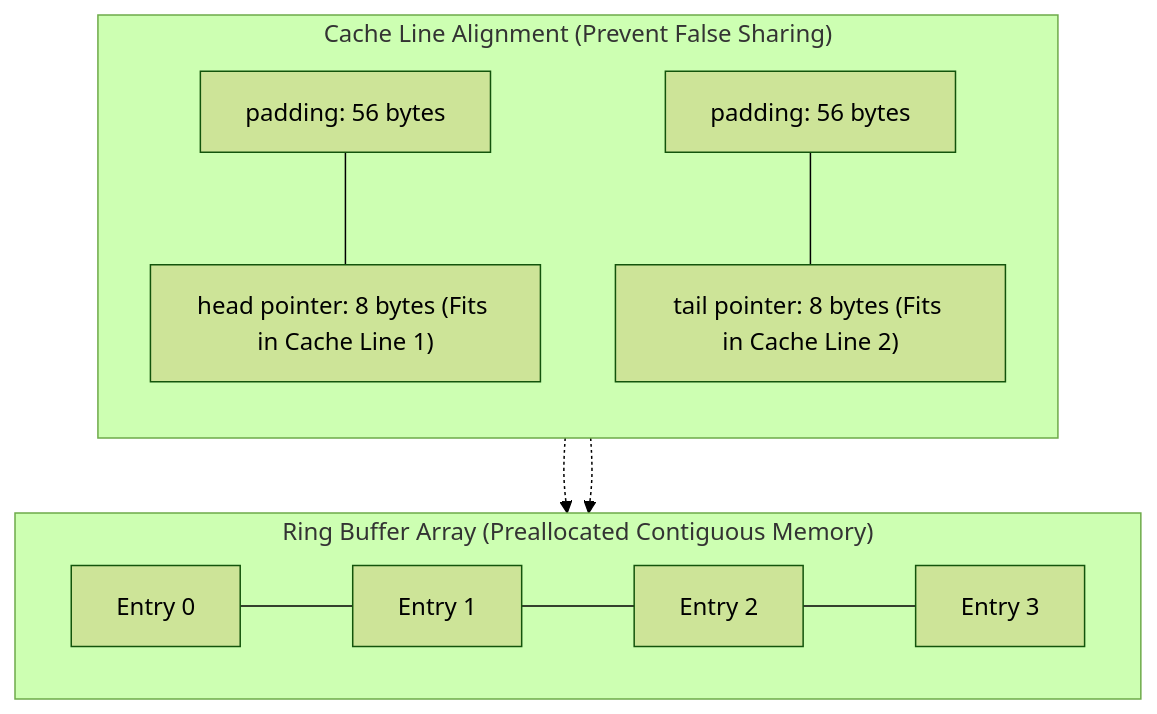
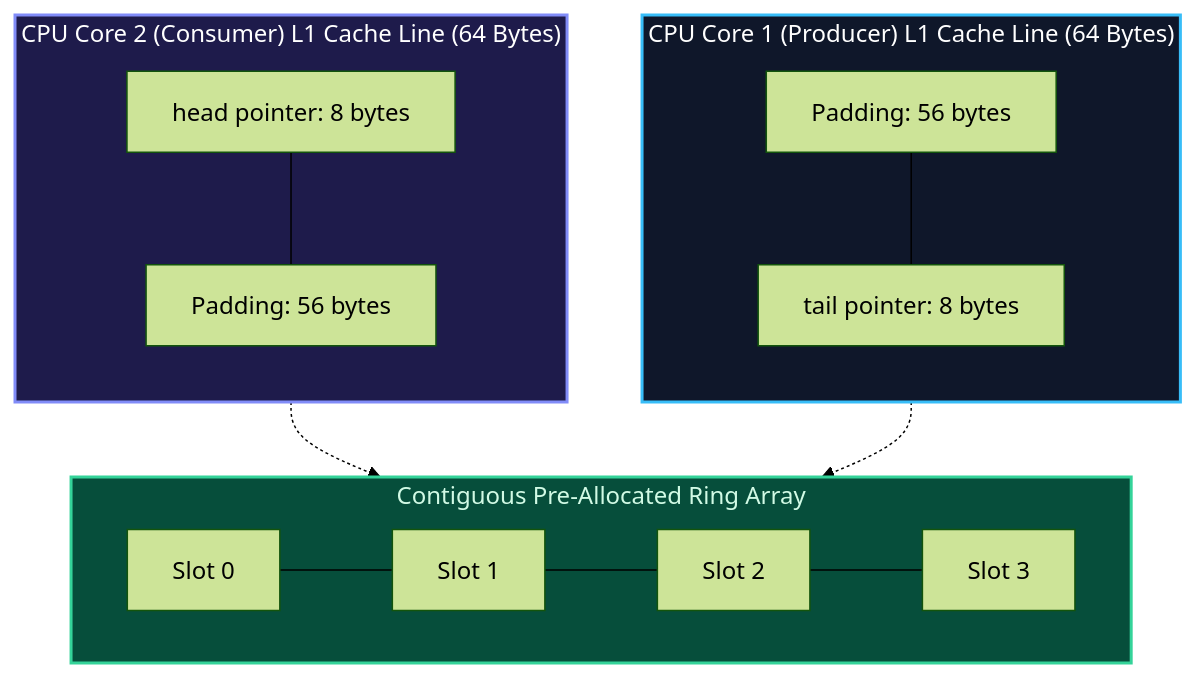
Diagram 15 of 15 in content/docs/dsa/01-foundations-and-linear-structures/05-stacks-and-queues.mdx (1345AbhishekKumar/cs-cookbook), drawn with Mermaid (forest theme) before and after one commit. The commit also changed other lines of this file and 211 other files, not shown here.

`````diff
--- a/content/docs/dsa/01-foundations-and-linear-structures/05-stacks-and-queues.mdx
+++ b/content/docs/dsa/01-foundations-and-linear-structures/05-stacks-and-queues.mdx
@@ -350,15 +808,23 @@
 ```mermaid
 flowchart TD
-    subgraph CacheLinePadding["Cache Line Alignment (Prevent False Sharing)"]
+    subgraph Core1Cache["CPU Core 1 (Producer) L1 Cache Line (64 Bytes)"]
         direction TB
-        Pad1["padding: 56 bytes"] --- Head["head pointer: 8 bytes (Fits in Cache Line 1)"]
-        Pad2["padding: 56 bytes"] --- Tail["tail pointer: 8 bytes (Fits in Cache Line 2)"]
+        P1["Padding: 56 bytes"] --- Tail["tail pointer: 8 bytes"]
     end
 
-    subgraph RingArray["Ring Buffer Array (Preallocated Contiguous Memory)"]
-        R0["Entry 0"] --- R1["Entry 1"] --- R2["Entry 2"] --- R3["Entry 3"]
+    subgraph Core2Cache["CPU Core 2 (Consumer) L1 Cache Line (64 Bytes)"]
+        direction TB
+        Head["head pointer: 8 bytes"] --- P2["Padding: 56 bytes"]
     end
 
-    Head -.-> RingArray
-    Tail -.-> RingArray
-````
+    subgraph SharedRing["Contiguous Pre-Allocated Ring Array"]
+        R0["Slot 0"] --- R1["Slot 1"] --- R2["Slot 2"] --- R3["Slot 3"]
+    end
+
+    Tail -.-> SharedRing
+    Head -.-> SharedRing
+
+    style Core1Cache fill:#0f172a,stroke:#38bdf8,stroke-width:2px,color:#fff
+    style Core2Cache fill:#1e1b4b,stroke:#818cf8,stroke-width:2px,color:#fff
+    style SharedRing fill:#064e3b,stroke:#34d399,stroke-width:2px,color:#d1fae5
+```
`````
